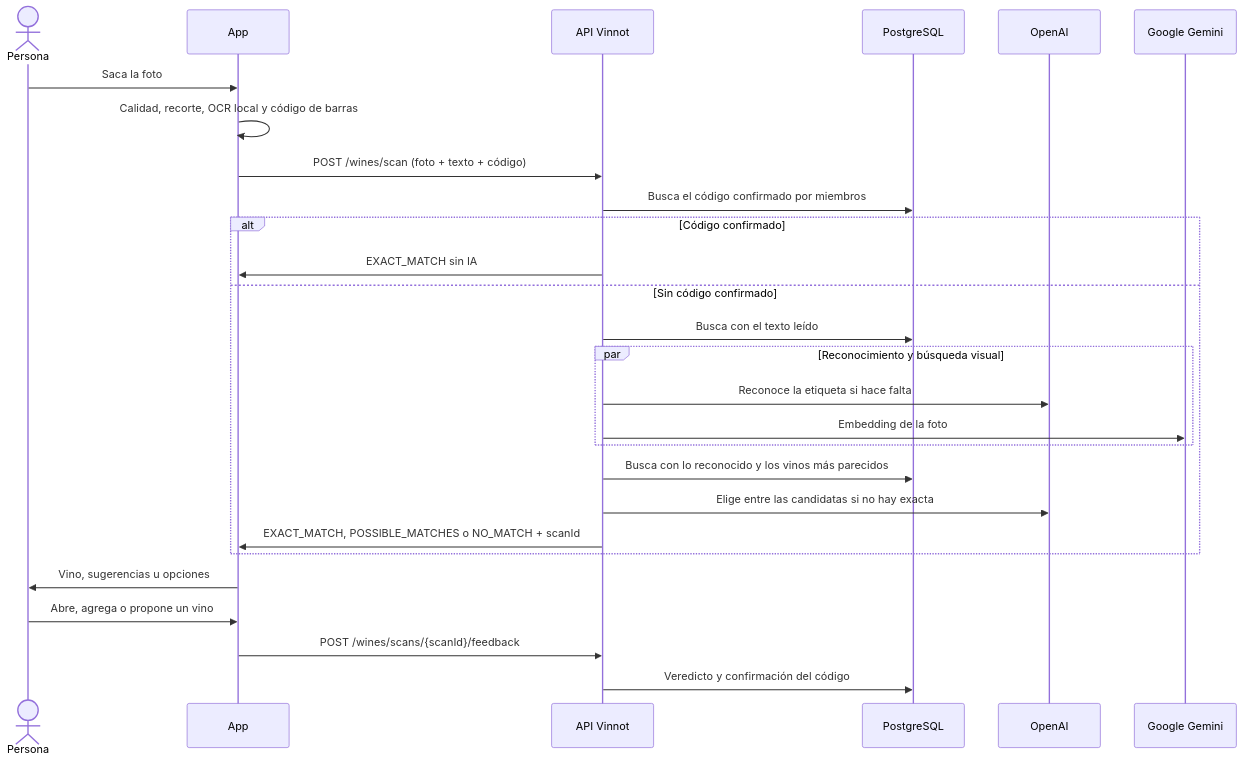
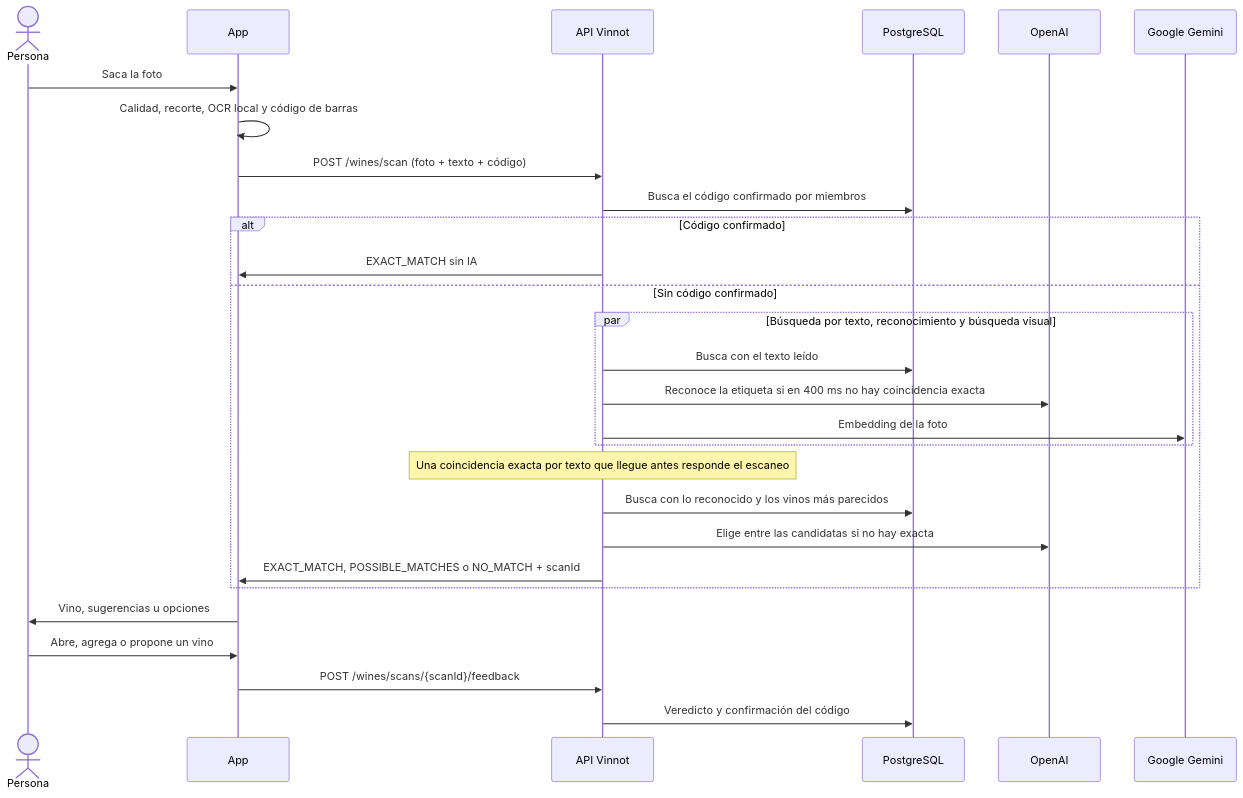
The diagram in docs/es/modules/wines/use-cases/uc-win-05-scan-label.md (Bielaszczuk/vinnot-demo), drawn with Mermaid before and after one commit. The commit also changed other lines of this file and 18 other files, not shown here.

````diff
--- a/docs/es/modules/wines/use-cases/uc-win-05-scan-label.md
+++ b/docs/es/modules/wines/use-cases/uc-win-05-scan-label.md
@@ -74,29 +74,30 @@
 ```mermaid
 sequenceDiagram
     actor U as Persona
     participant APP as App
     participant API as API Vinnot
     participant DB as PostgreSQL
     participant AI as OpenAI
     participant EMB as Google Gemini
     U->>APP: Saca la foto
     APP->>APP: Calidad, recorte, OCR local y código de barras
     APP->>API: POST /wines/scan (foto + texto + código)
     API->>DB: Busca el código confirmado por miembros
     alt Código confirmado
         API->>APP: EXACT_MATCH sin IA
     else Sin código confirmado
-        API->>DB: Busca con el texto leído
-        par Reconocimiento y búsqueda visual
-            API->>AI: Reconoce la etiqueta si hace falta
+        par Búsqueda por texto, reconocimiento y búsqueda visual
+            API->>DB: Busca con el texto leído
+            API->>AI: Reconoce la etiqueta si en 400 ms no hay coincidencia exacta
             API->>EMB: Embedding de la foto
         end
+        Note over API: Una coincidencia exacta por texto que llegue antes responde el escaneo
         API->>DB: Busca con lo reconocido y los vinos más parecidos
         API->>AI: Elige entre las candidatas si no hay exacta
         API->>APP: EXACT_MATCH, POSSIBLE_MATCHES o NO_MATCH + scanId
     end
     APP->>U: Vino, sugerencias u opciones
     U->>APP: Abre, agrega o propone un vino
     APP->>API: POST /wines/scans/{scanId}/feedback
     API->>DB: Veredicto y confirmación del código
 ```
````
